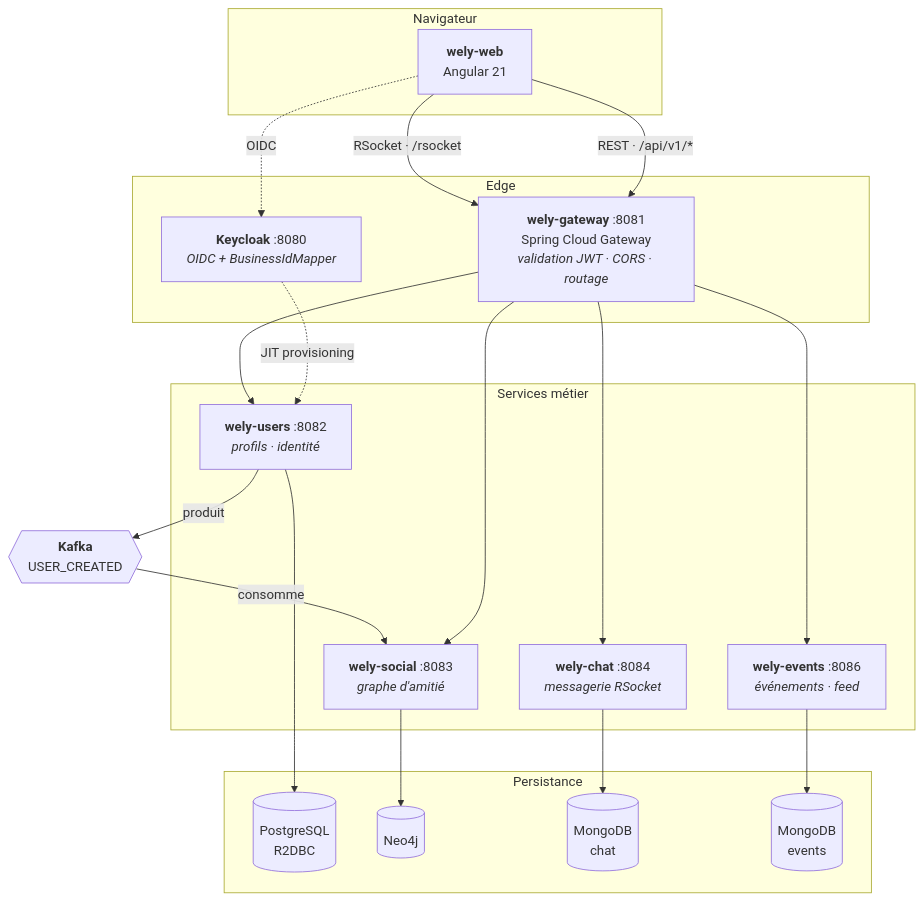
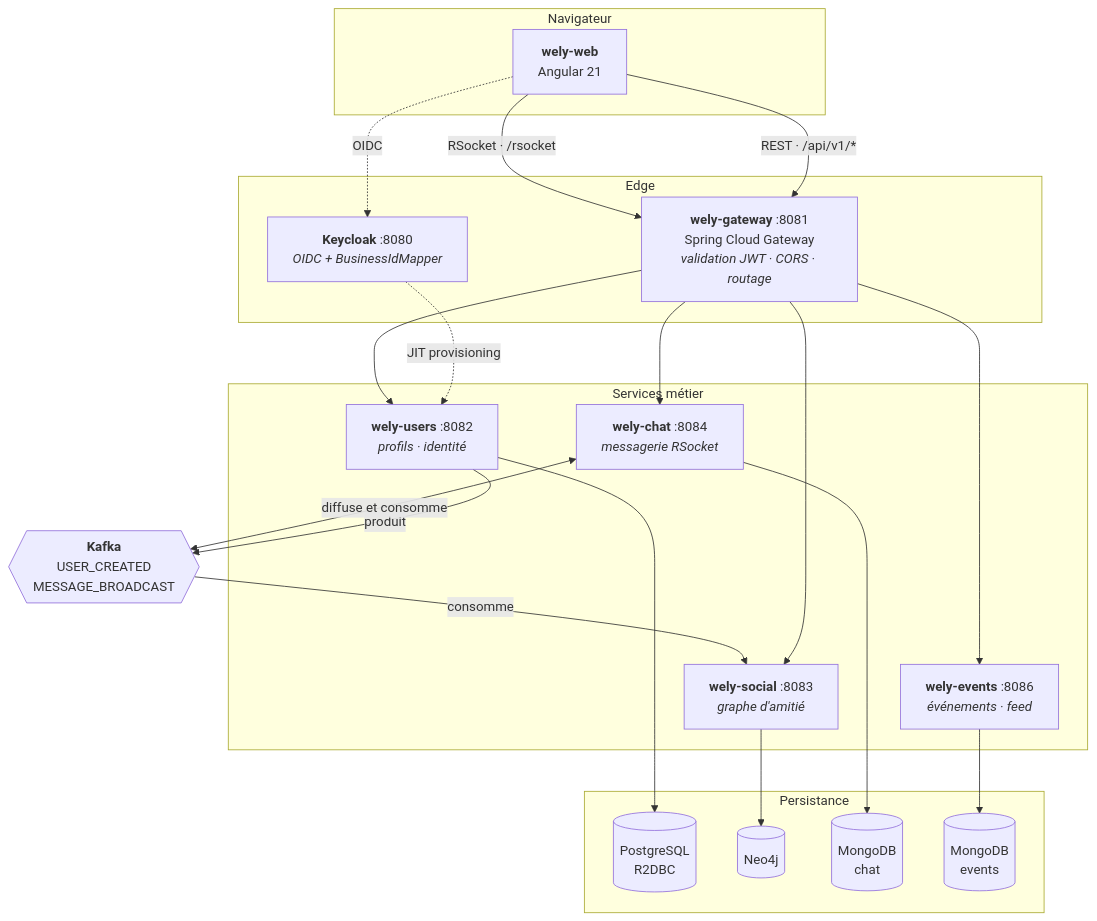
Before and after one commit to WelyLabs/wely-platform: the first of 3 diagrams in README.md, drawn with Mermaid. The commit also changed other lines of this file, not shown here.

Commit message:
docs: message delivery no longer stops at the process boundary
The known-limitations table said the chat cannot scale horizontally because the
fan-out goes through an in-process sink. It now goes through Kafka, with wely-chat
at two replicas, so the entry describes what actually remains: delivery is
best-effort, not at-least-once.

````diff
--- a/README.md
+++ b/README.md
@@ -44,41 +44,42 @@
 ```mermaid
 graph TB
     subgraph client["Navigateur"]
         FE["<b>wely-web</b><br/>Angular 21"]
     end
 
     subgraph edge["Edge"]
         GW["<b>wely-gateway</b> :8081<br/>Spring Cloud Gateway<br/><i>validation JWT · CORS · routage</i>"]
         KC["<b>Keycloak</b> :8080<br/><i>OIDC + BusinessIdMapper</i>"]
     end
 
     subgraph services["Services métier"]
         U["<b>wely-users</b> :8082<br/><i>profils · identité</i>"]
         S["<b>wely-social</b> :8083<br/><i>graphe d'amitié</i>"]
         C["<b>wely-chat</b> :8084<br/><i>messagerie RSocket</i>"]
         E["<b>wely-events</b> :8086<br/><i>événements · feed</i>"]
     end
 
     subgraph data["Persistance"]
         PG[("PostgreSQL<br/>R2DBC")]
         NEO[("Neo4j")]
         MG1[("MongoDB<br/>chat")]
         MG2[("MongoDB<br/>events")]
     end
 
-    K{{"<b>Kafka</b><br/>USER_CREATED"}}
+    K{{"<b>Kafka</b><br/>USER_CREATED<br/>MESSAGE_BROADCAST"}}
 
     FE -->|"REST · /api/v1/*"| GW
     FE -->|"RSocket · /rsocket"| GW
     FE -.->|"OIDC"| KC
     KC -.->|"JIT provisioning"| U
 
     GW --> U & S & C & E
 
     U --> PG
     U -->|"produit"| K
     K -->|"consomme"| S
+    C <-->|"diffuse et consomme"| K
     S --> NEO
     C --> MG1
     E --> MG2
 ```
````
